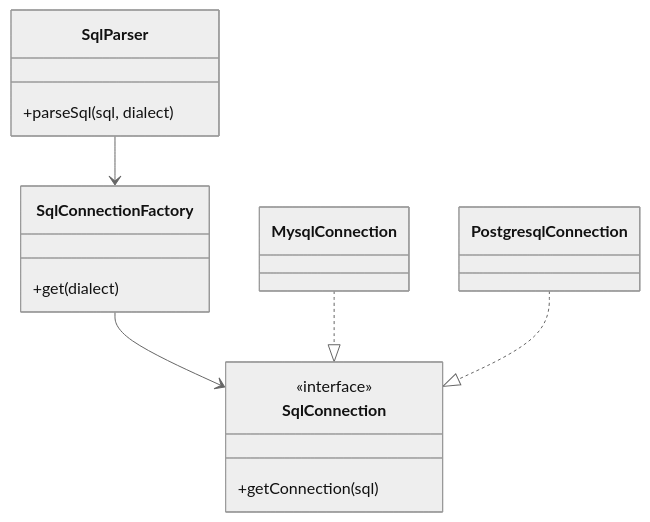
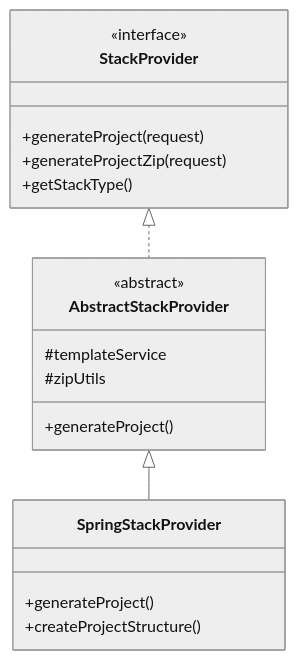
Before and after one commit to firasBaklouti-etud/spring-generator: the second of 3 diagrams in backend/Documentation.md, drawn with Mermaid (neutral theme). The commit also changed other lines of this file and 5 other files, not shown here.

````diff
--- a/backend/Documentation.md
+++ b/backend/Documentation.md
@@ -239,20 +114,24 @@
 ```mermaid
 classDiagram
-    class SqlParser {
-        +parseSql(sql, dialect)
+    class StackProvider {
+        <<interface>>
+        +generateProject(request)
+        +generateProjectZip(request)
+        +getStackType()
     }
-    class SqlConnectionFactory {
-        +get(dialect)
+
+    class AbstractStackProvider {
+        <<abstract>>
+        #templateService
+        #zipUtils
+        +generateProject()
     }
-    class SqlConnection {
-        <<interface>>
-        +getConnection(sql)
+
+    class SpringStackProvider {
+        +generateProject()
+        +createProjectStructure()
     }
-    class MysqlConnection
-    class PostgresqlConnection
 
-    SqlParser --> SqlConnectionFactory
-    SqlConnectionFactory --> SqlConnection
-    MysqlConnection ..|> SqlConnection
-    PostgresqlConnection ..|> SqlConnection
+    StackProvider <|.. AbstractStackProvider
+    AbstractStackProvider <|-- SpringStackProvider
 ```
````
